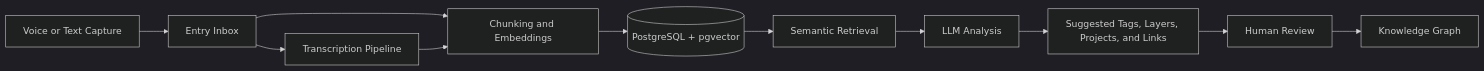
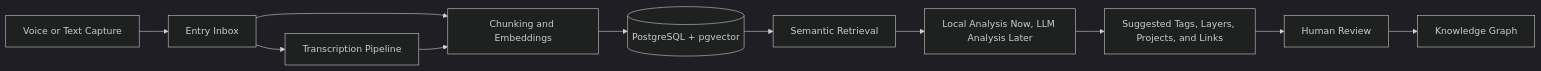
One commit to jessejusoli/ideahub changed the diagram in README.md. Above: the diagram before and after it, drawn with Mermaid (dark theme). The commit also changed other lines of this file and 16 other files, not shown here.

````diff
--- a/README.md
+++ b/README.md
@@ -98,13 +102,13 @@
 ```mermaid
 flowchart LR
     A[Voice or Text Capture] --> B[Entry Inbox]
     B --> C[Transcription Pipeline]
     B --> D[Chunking and Embeddings]
     C --> D
     D --> E[(PostgreSQL + pgvector)]
     E --> F[Semantic Retrieval]
-    F --> G[LLM Analysis]
+    F --> G[Local Analysis Now, LLM Analysis Later]
     G --> H[Suggested Tags, Layers, Projects, and Links]
     H --> I[Human Review]
     I --> J[Knowledge Graph]
 ```
````
